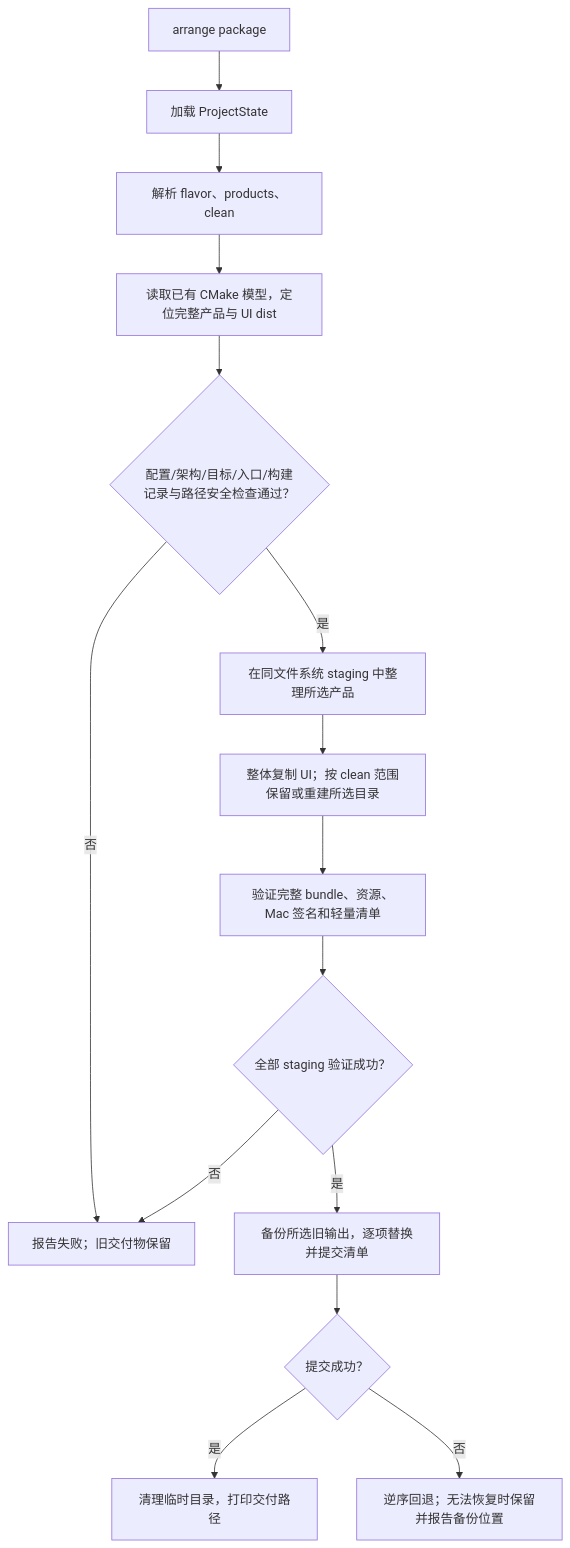
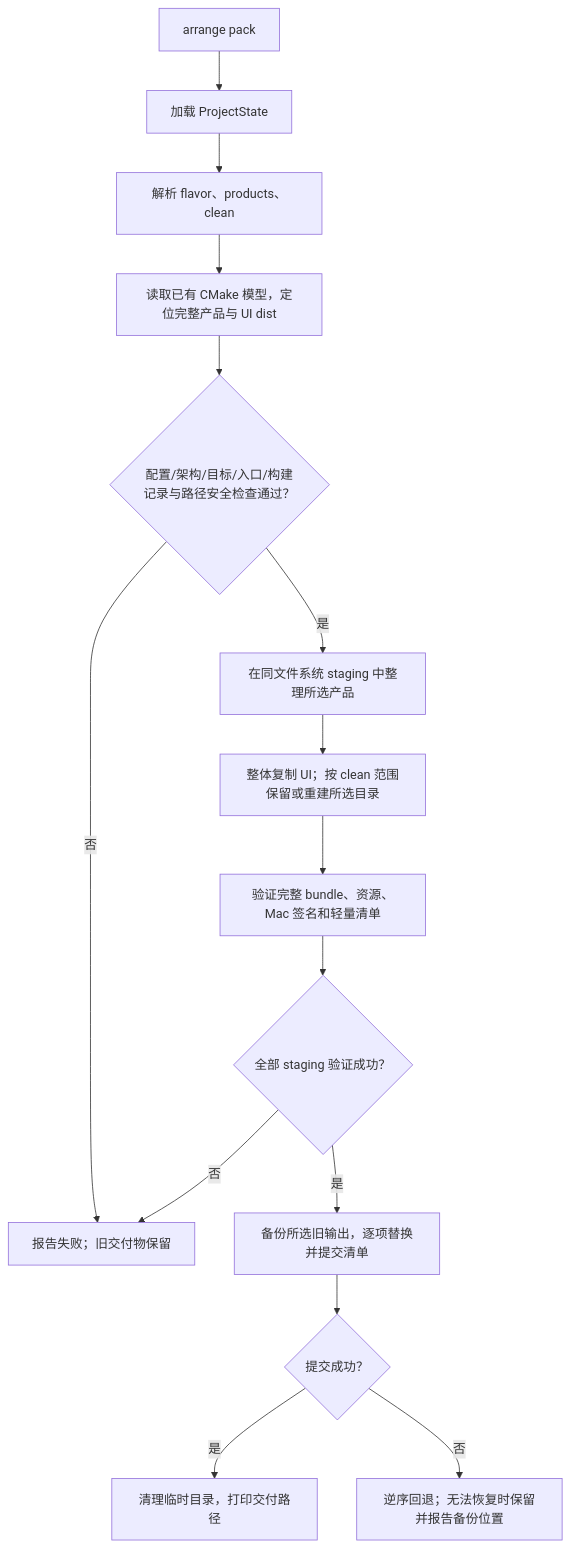
Diagram 12 of 12 in docs/proj/m2：已完成，某些待测试和收尾/2：已完成，待Win测/命令定义.md (EarzuChan/Arrange), drawn with Mermaid before and after one commit. The commit also changed other lines of this file and 120 other files, not shown here.

````diff
--- a/docs/proj/m2：已完成，某些待测试和收尾/2：已完成，待Win测/命令定义.md
+++ b/docs/proj/m2：已完成，某些待测试和收尾/2：已完成，待Win测/命令定义.md
@@ -368,17 +368,17 @@
 ```mermaid
 flowchart TD
-    A[arrange package] --> B[加载 ProjectState]
+    A[arrange pack] --> B[加载 ProjectState]
     B --> C[解析 flavor、products、clean]
     C --> D[读取已有 CMake 模型，定位完整产品与 UI dist]
     D --> E{配置/架构/目标/入口/构建记录与路径安全检查通过？}
     E -->|否| F[报告失败；旧交付物保留]
     E -->|是| G[在同文件系统 staging 中整理所选产品]
     G --> H[整体复制 UI；按 clean 范围保留或重建所选目录]
     H --> I[验证完整 bundle、资源、Mac 签名和轻量清单]
     I --> J{全部 staging 验证成功？}
     J -->|否| F
     J -->|是| K[备份所选旧输出，逐项替换并提交清单]
     K --> L{提交成功？}
     L -->|是| M[清理临时目录，打印交付路径]
     L -->|否| R[逆序回退；无法恢复时保留并报告备份位置]
 ```
````
